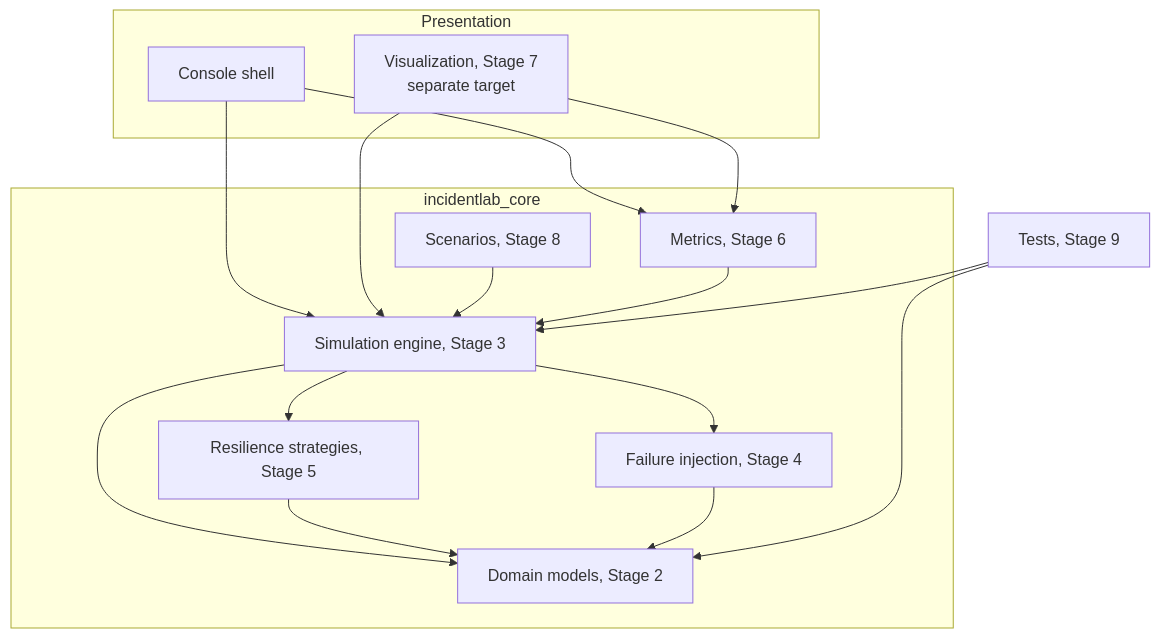
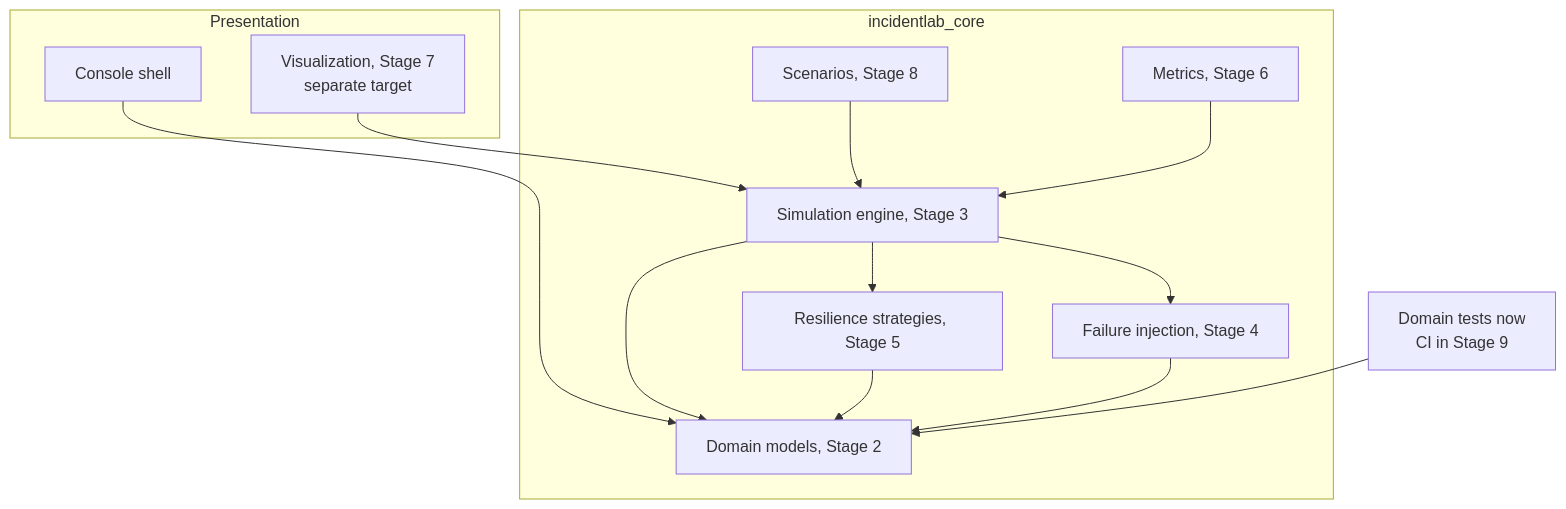
The third of 3 diagrams in docs/architecture.md (IG1234567/incidentLab), drawn with Mermaid before and after one commit. The commit also changed other lines of this file and 21 other files, not shown here.

````diff
--- a/docs/architecture.md
+++ b/docs/architecture.md
@@ -44,32 +139,29 @@
 ```mermaid
 flowchart TB
     subgraph presentation [Presentation]
         Console["Console shell"]
         Viz["Visualization, Stage 7<br/>separate target"]
     end
 
     subgraph core [incidentlab_core]
         Scenarios["Scenarios, Stage 8"]
         Metrics["Metrics, Stage 6"]
         Resilience["Resilience strategies, Stage 5"]
         Failures["Failure injection, Stage 4"]
         Engine["Simulation engine, Stage 3"]
         Domain["Domain models, Stage 2"]
     end
 
-    Tests["Tests, Stage 9"]
+    Tests["Domain tests now<br/>CI in Stage 9"]
 
-    Console --> Engine
-    Console --> Metrics
+    Console --> Domain
     Viz --> Engine
-    Viz --> Metrics
     Scenarios --> Engine
     Engine --> Resilience
     Engine --> Failures
     Engine --> Domain
     Resilience --> Domain
     Failures --> Domain
     Metrics --> Engine
     Tests --> Domain
-    Tests --> Engine
 ```
````
